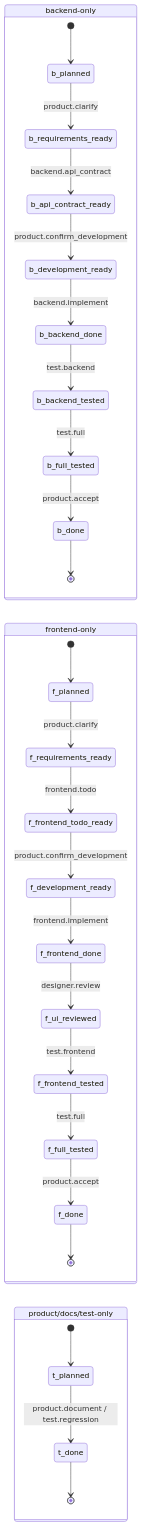
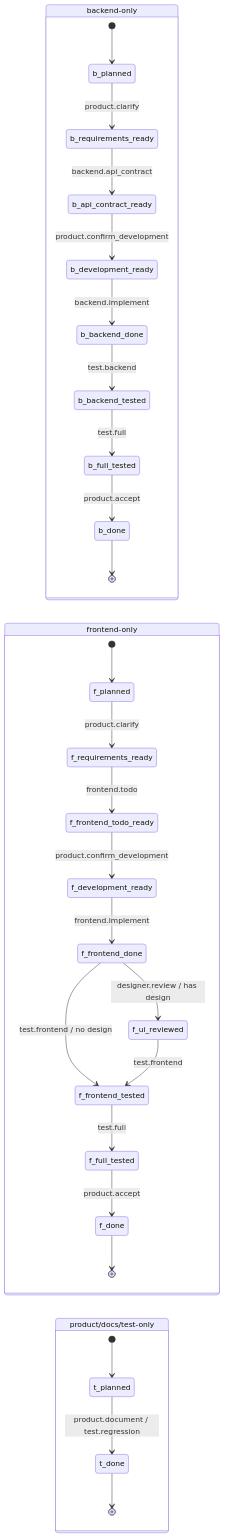
Before and after one commit to Jasmine-dong/skill_flow: the fifth of 6 diagrams in docs/ARCHITECTURE.md, drawn with Mermaid. The commit also changed other lines of this file and 9 other files, not shown here.

````diff
--- a/docs/ARCHITECTURE.md
+++ b/docs/ARCHITECTURE.md
@@ -159,35 +160,36 @@
 ```mermaid
 stateDiagram-v2
   direction LR
 
   state "backend-only" as BackendOnly {
     [*] --> b_planned
     b_planned --> b_requirements_ready: product.clarify
     b_requirements_ready --> b_api_contract_ready: backend.api_contract
     b_api_contract_ready --> b_development_ready: product.confirm_development
     b_development_ready --> b_backend_done: backend.implement
     b_backend_done --> b_backend_tested: test.backend
     b_backend_tested --> b_full_tested: test.full
     b_full_tested --> b_done: product.accept
     b_done --> [*]
   }
 
   state "frontend-only" as FrontendOnly {
     [*] --> f_planned
     f_planned --> f_requirements_ready: product.clarify
     f_requirements_ready --> f_frontend_todo_ready: frontend.todo
     f_frontend_todo_ready --> f_development_ready: product.confirm_development
     f_development_ready --> f_frontend_done: frontend.implement
-    f_frontend_done --> f_ui_reviewed: designer.review
+    f_frontend_done --> f_ui_reviewed: designer.review / has design
+    f_frontend_done --> f_frontend_tested: test.frontend / no design
     f_ui_reviewed --> f_frontend_tested: test.frontend
     f_frontend_tested --> f_full_tested: test.full
     f_full_tested --> f_done: product.accept
     f_done --> [*]
   }
 
   state "product/docs/test-only" as TinyFlows {
     [*] --> t_planned
     t_planned --> t_done: product.document / test.regression
     t_done --> [*]
   }
 ```
````
